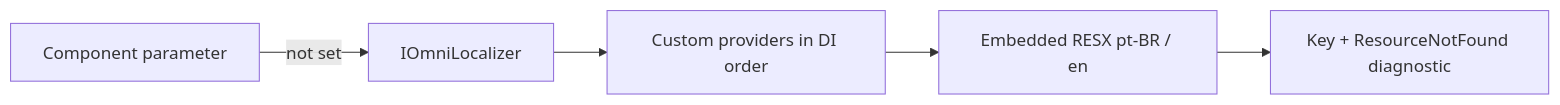
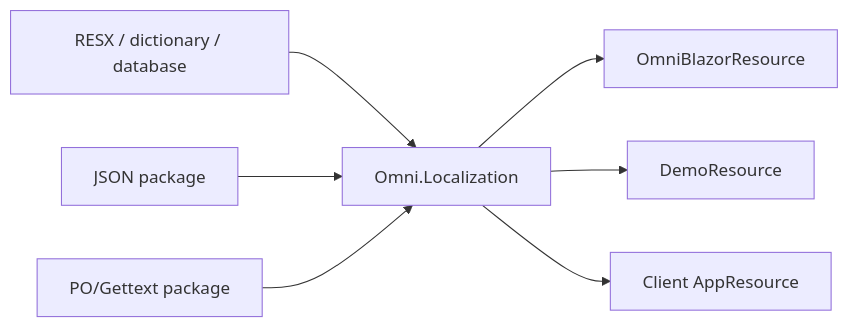
The diagram in docs/localization.md (afernandes/Omni.Blazor), drawn with Mermaid before and after one commit. The commit also changed other lines of this file and 68 other files, not shown here.

Commit message:
Extract reusable localization platform and refresh demo

````diff
--- a/docs/localization.md
+++ b/docs/localization.md
@@ -13,7 +13,9 @@
 ```mermaid
 flowchart LR
-    A[Component parameter] -->|not set| B[IOmniLocalizer]
-    B --> C[Custom providers in DI order]
-    C --> D[Embedded RESX pt-BR / en]
-    D --> E[Key + ResourceNotFound diagnostic]
+    A[RESX / dictionary / database] --> E[Omni.Localization]
+    J[JSON package] --> E
+    P[PO/Gettext package] --> E
+    E --> B[OmniBlazorResource]
+    E --> D[DemoResource]
+    E --> C[Client AppResource]
 ```
````
